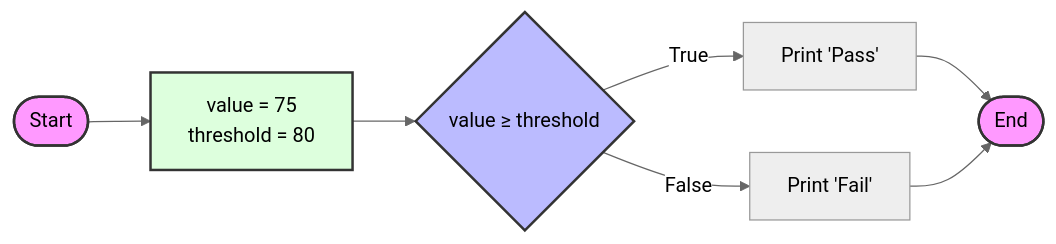
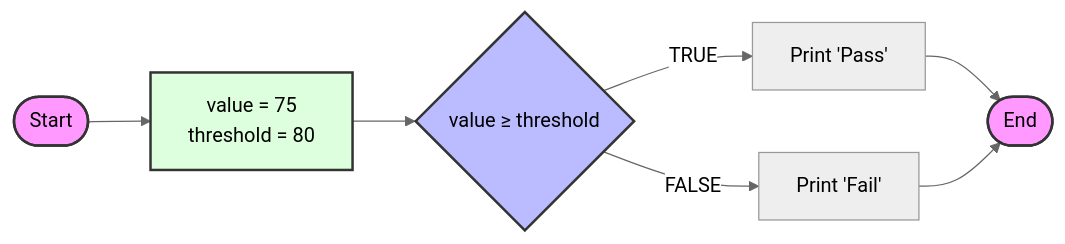
One commit to coatless-textbooks/c4ds changed the fifth of 6 diagrams in selection-control.qmd. Above: the diagram before and after it, drawn with Mermaid (neutral theme). The commit also changed other lines of this file and 1 other file, not shown here.

Commit message:
R TRUE/FALSE type instead of True/False.

````diff
--- a/selection-control.qmd
+++ b/selection-control.qmd
@@ -243,18 +241,18 @@
 ```{mermaid}
 %%| label: fig-if-else-threshold-example
 %%| fig-cap: Visual representation of the if-else statement with a threshold.
 %%| echo: false
 graph LR
     A([Start]) --> B["`value = 75
     threshold = 80`"]
     B --> C{"value &ge; threshold"}
-    C -->|True| D["Print 'Pass'"]
-    C -->|False| E["Print 'Fail'"]
+    C -->|TRUE| D["Print 'Pass'"]
+    C -->|FALSE| E["Print 'Fail'"]
     D --> F([End])
     E --> F
 
     style A fill:#f9f,stroke:#333,stroke-width:2px
     style B fill:#dfd,stroke:#333,stroke-width:2px
     style C fill:#bbf,stroke:#333,stroke-width:2px
     style F fill:#f9f,stroke:#333,stroke-width:2px
 ```
````
